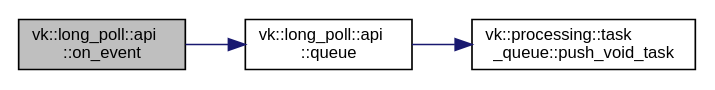
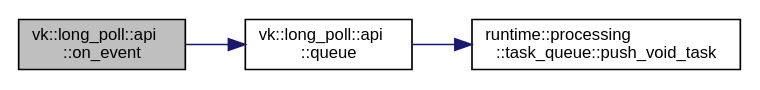
The diagram in docs/classvk_1_1long__poll_1_1api_a7c1de69b0cc5fad45112413ff8ff647d_cgraph.dot (edgjj/cpp_vk_lib), drawn with Graphviz before and after one commit. The commit also changed 750 other files, not shown here.

```diff
--- a/docs/classvk_1_1long__poll_1_1api_a7c1de69b0cc5fad45112413ff8ff647d_cgraph.dot
+++ b/docs/classvk_1_1long__poll_1_1api_a7c1de69b0cc5fad45112413ff8ff647d_cgraph.dot
@@ -1,12 +1,12 @@
 digraph "vk::long_poll::api::on_event"
 {
  // LATEX_PDF_SIZE
   edge [fontname="Helvetica",fontsize="10",labelfontname="Helvetica",labelfontsize="10"];
   node [fontname="Helvetica",fontsize="10",shape=record];
   rankdir="LR";
   Node1 [label="vk::long_poll::api\l::on_event",height=0.2,width=0.4,color="black", fillcolor="grey75", style="filled", fontcolor="black",tooltip=" "];
   Node1 -> Node2 [color="midnightblue",fontsize="10",style="solid",fontname="Helvetica"];
   Node2 [label="vk::long_poll::api\l::queue",height=0.2,width=0.4,color="black", fillcolor="white", style="filled",URL="$classvk_1_1long__poll_1_1api.html#a4fd62b68507ac5a3bbfea061fb015075",tooltip="Push task to thread pool queue."];
   Node2 -> Node3 [color="midnightblue",fontsize="10",style="solid",fontname="Helvetica"];
-  Node3 [label="vk::processing::task\l_queue::push_void_task",height=0.2,width=0.4,color="black", fillcolor="white", style="filled",URL="$classvk_1_1processing_1_1task__queue.html#a1942c43c33634e65e77e282e929124ea",tooltip=" "];
+  Node3 [label="runtime::processing\l::task_queue::push_void_task",height=0.2,width=0.4,color="black", fillcolor="white", style="filled",URL="$classruntime_1_1processing_1_1task__queue.html#a75a5a4d113877e2f3ea2a88dd71de28e",tooltip=" "];
 }
```
